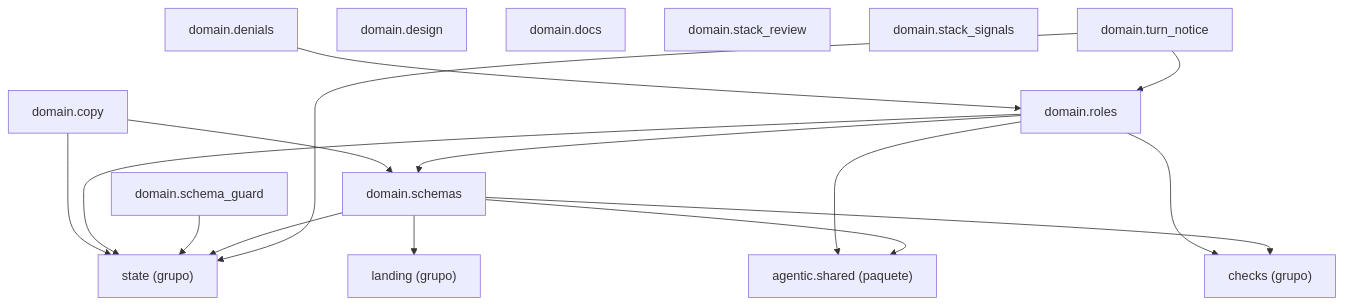
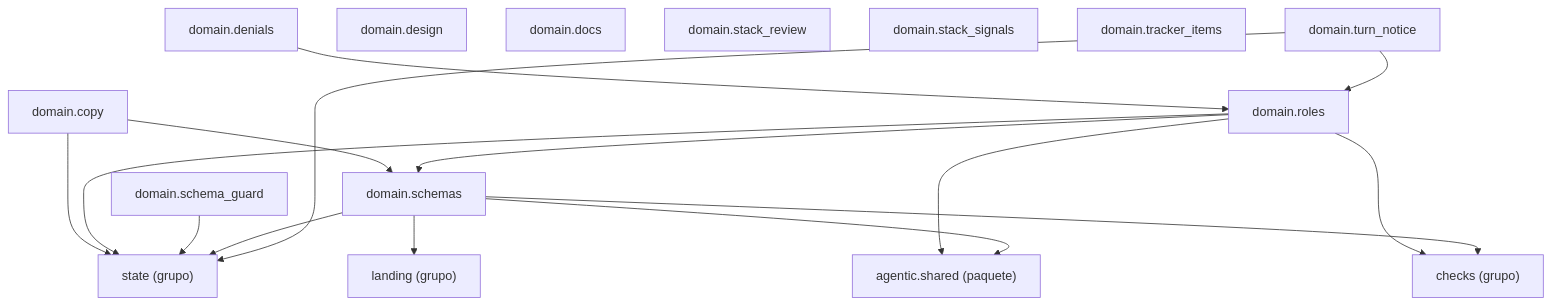
One commit to GonzaloZevallos/agentic-system changed the diagram in docs/architecture/generated/packages-process-domain-roles.md. Above: the diagram before and after it, drawn with Mermaid. The commit also changed other lines of this file and 19 other files, not shown here.

Commit message:
Regenerate the architecture pages for the roles cluster

````diff
--- a/docs/architecture/generated/packages-process-domain-roles.md
+++ b/docs/architecture/generated/packages-process-domain-roles.md
@@ -12,31 +11,32 @@
 ```mermaid
 graph TD
     g_domain__checks["checks (grupo)"]
     g_domain__landing["landing (grupo)"]
     g_domain__state["state (grupo)"]
     g_pkg__agentic__shared["agentic.shared (paquete)"]
     m_domain__copy["domain.copy"]
     m_domain__denials["domain.denials"]
     m_domain__design["domain.design"]
     m_domain__docs["domain.docs"]
     m_domain__roles["domain.roles"]
     m_domain__schema_guard["domain.schema_guard"]
     m_domain__schemas["domain.schemas"]
     m_domain__stack_review["domain.stack_review"]
     m_domain__stack_signals["domain.stack_signals"]
+    m_domain__tracker_items["domain.tracker_items"]
     m_domain__turn_notice["domain.turn_notice"]
     m_domain__copy --> g_domain__state
     m_domain__copy --> m_domain__schemas
     m_domain__denials --> m_domain__roles
     m_domain__roles --> g_domain__checks
     m_domain__roles --> g_domain__state
     m_domain__roles --> g_pkg__agentic__shared
     m_domain__roles --> m_domain__schemas
     m_domain__schema_guard --> g_domain__state
     m_domain__schemas --> g_domain__checks
     m_domain__schemas --> g_domain__landing
     m_domain__schemas --> g_domain__state
     m_domain__schemas --> g_pkg__agentic__shared
     m_domain__turn_notice --> g_domain__state
     m_domain__turn_notice --> m_domain__roles
 ```
````
